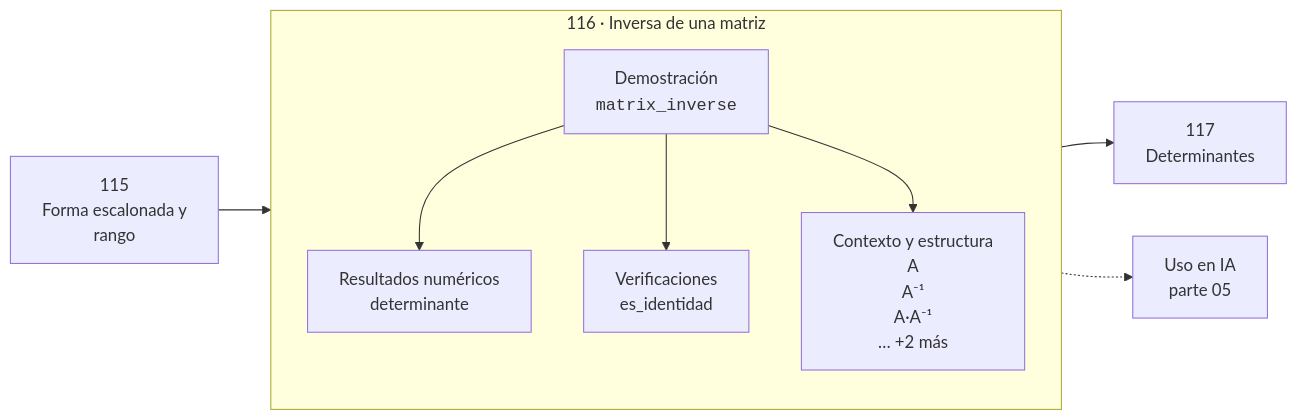
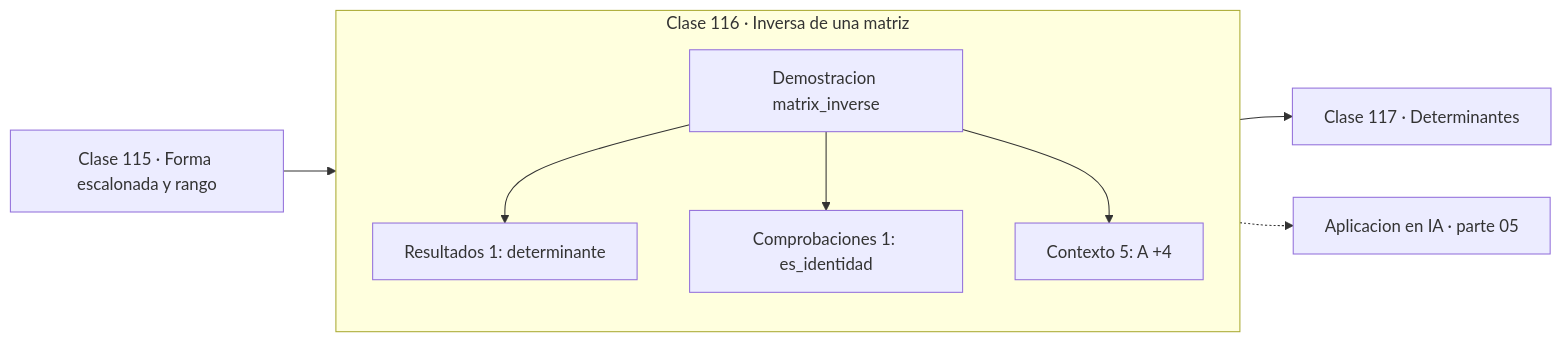
One commit to vladimiracunadev-create/computational-mathematics-program changed the diagram in classes/part-05-algebra-lineal-i-vectores-y-matrices/116-inversa-de-una-matriz/README.md. Above: the diagram before and after it, drawn with Mermaid. The commit also changed 389 other files, not shown here.

First line of the commit message:
fix(diagramas): elimina el HTML de las etiquetas Mermaid

````diff
--- a/classes/part-05-algebra-lineal-i-vectores-y-matrices/116-inversa-de-una-matriz/README.md
+++ b/classes/part-05-algebra-lineal-i-vectores-y-matrices/116-inversa-de-una-matriz/README.md
@@ -30,12 +30,13 @@
 ```mermaid
 flowchart LR
-    P["115<br/>Forma escalonada y<br/>rango"] --> C
-    subgraph C["116 · Inversa de una matriz"]
+    P["Clase 115 · Forma escalonada y rango"] --> D
+    subgraph CLASE["Clase 116 · Inversa de una matriz"]
         direction TB
-        D["Demostración<br/><code>matrix_inverse</code>"] --> R["Resultados numéricos<br/>determinante"]
-        D --> V["Verificaciones<br/>es_identidad"]
-        D --> O["Contexto y estructura<br/>A<br/>A⁻¹<br/>A·A⁻¹<br/>… +2 más"]
+        D["Demostracion matrix_inverse"]
+        D --> R["Resultados 1: determinante"]
+        D --> V["Comprobaciones 1: es_identidad"]
+        D --> O["Contexto 5: A +4"]
     end
-    C --> N["117<br/>Determinantes"]
-    C -.-> IA["Uso en IA<br/>parte 05"]
+    R --> N["Clase 117 · Determinantes"]
+    V -.-> IA["Aplicacion en IA · parte 05"]
 ```
````
